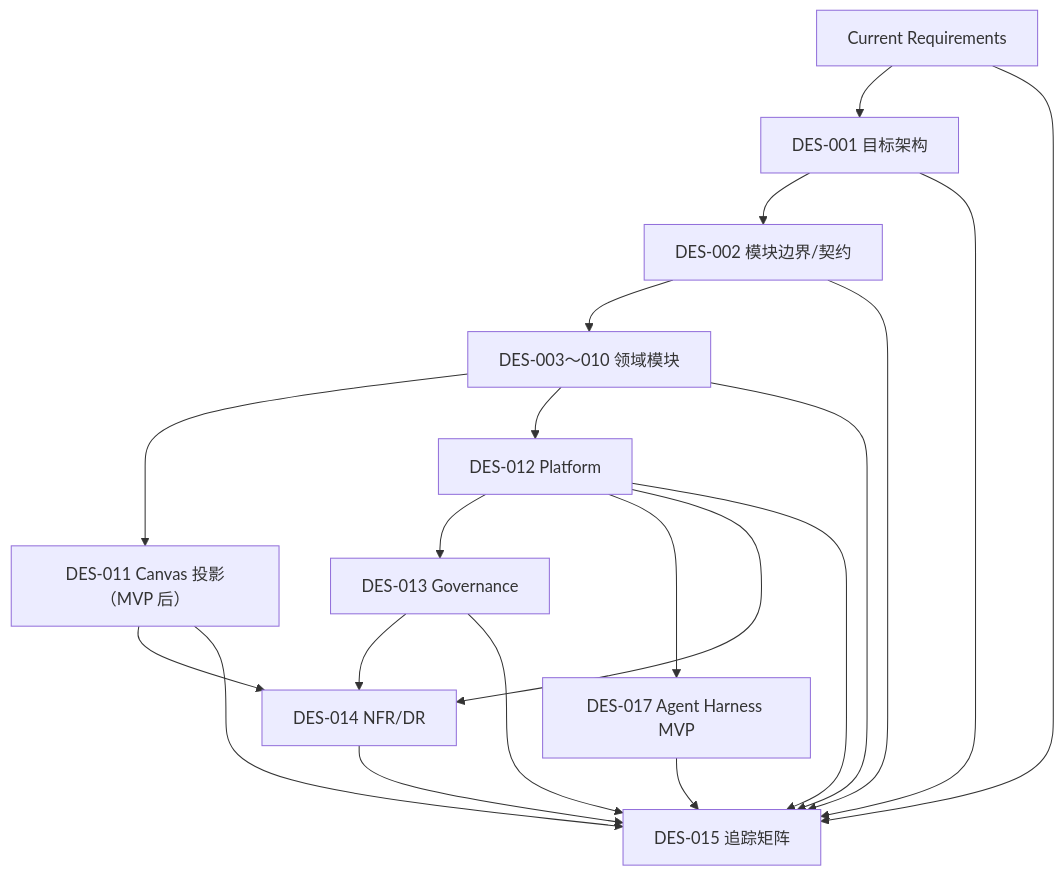
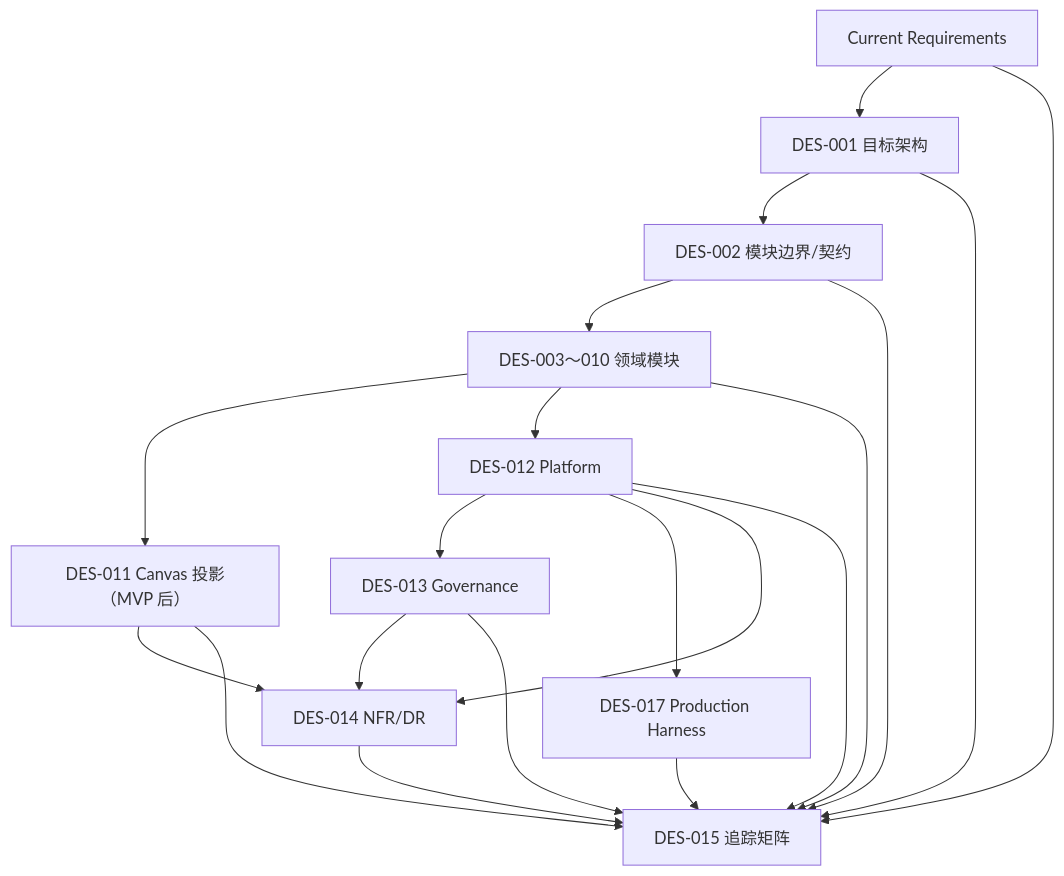
The diagram in docs/design/README.md (StephenQiu30/lanverse), drawn with Mermaid before and after one commit. The commit also changed other lines of this file and 26 other files, not shown here.

````diff
--- a/docs/design/README.md
+++ b/docs/design/README.md
@@ -35,22 +35,22 @@
 ```mermaid
 flowchart TD
     R["Current Requirements"] --> A["DES-001 目标架构"]
     A --> B["DES-002 模块边界/契约"]
     B --> D["DES-003～010 领域模块"]
     D --> C["DES-011 Canvas 投影（MVP 后）"]
     D --> P["DES-012 Platform"]
     P --> G["DES-013 Governance"]
-    P --> H["DES-017 Agent Harness MVP"]
+    P --> H["DES-017 Production Harness"]
     C --> N["DES-014 NFR/DR"]
     P --> N
     G --> N
     R --> T["DES-015 追踪矩阵"]
     A --> T
     B --> T
     D --> T
     C --> T
     P --> T
     G --> T
     N --> T
     H --> T
 ```
````
